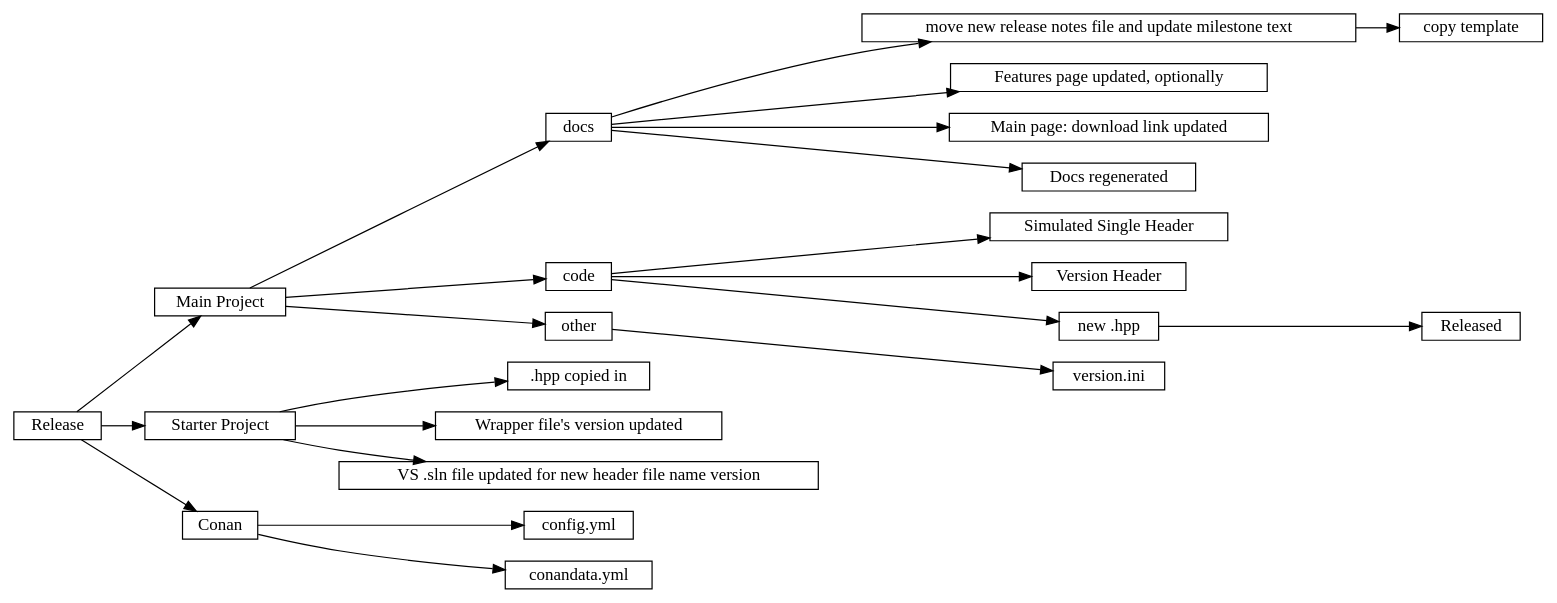
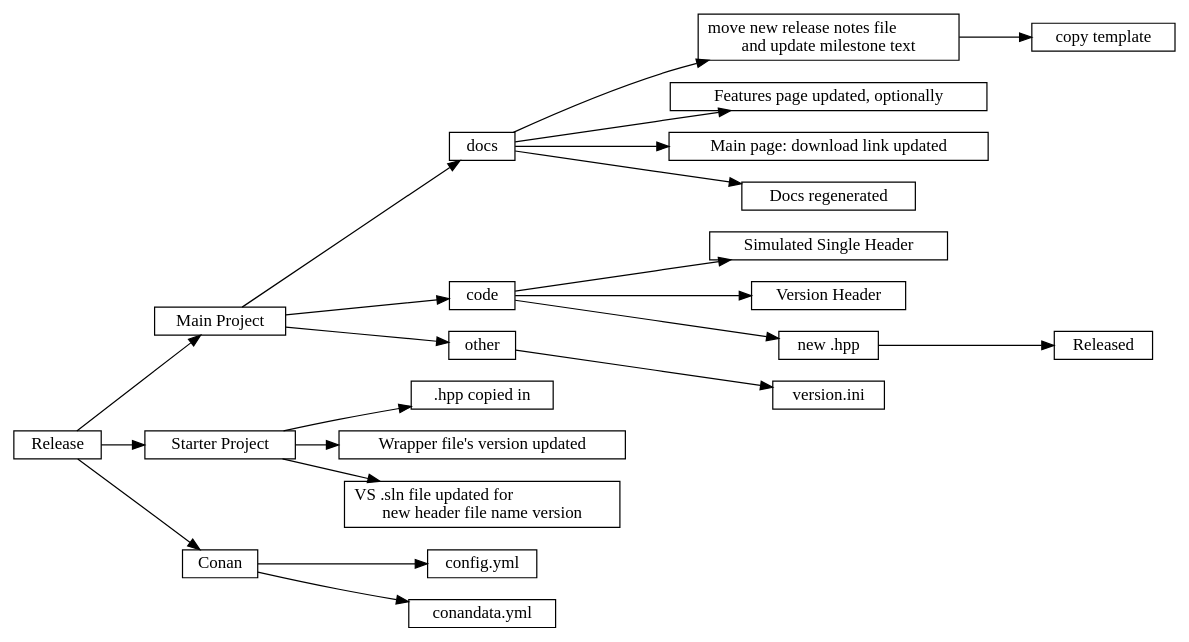
One commit to approvals/ApprovalTests.cpp changed the diagram in build/release_files_mindmap.dot. Above: the diagram before and after it, drawn with Graphviz.

Commit message:
d   Wrap long lines

```diff
--- a/build/release_files_mindmap.dot
+++ b/build/release_files_mindmap.dot
@@ -1,25 +1,25 @@
 digraph mdsnippets_flow {
 rankdir = "LR"
 node [fontsize = 14, shape = box, height = 0.25]
 edge [fontsize = 14]
 
 "Release";
     "Release" -> "Main Project";
         "Main Project" -> "docs";
-            "docs" -> "move new release notes file and update milestone text" -> "copy template";
+            "docs" -> "move new release notes file\land update milestone text" -> "copy template";
             "docs" -> "Features page updated, optionally";
             "docs" -> "Main page: download link updated";
             "docs" -> "Docs regenerated";
         "Main Project" -> "code";
             "code" -> "Simulated Single Header";
             "code" -> "Version Header";
             "code" -> "new .hpp" -> "Released";
         "Main Project" -> "other" -> "version.ini";
     "Release" -> "Starter Project";
         "Starter Project" -> ".hpp copied in";
         "Starter Project" -> "Wrapper file's version updated";
-        "Starter Project" -> "VS .sln file updated for new header file name version";
+        "Starter Project" -> "VS .sln file updated for\lnew header file name version";
     "Release" -> "Conan";
         "Conan" -> "config.yml";
         "Conan" -> "conandata.yml";
 }
```
